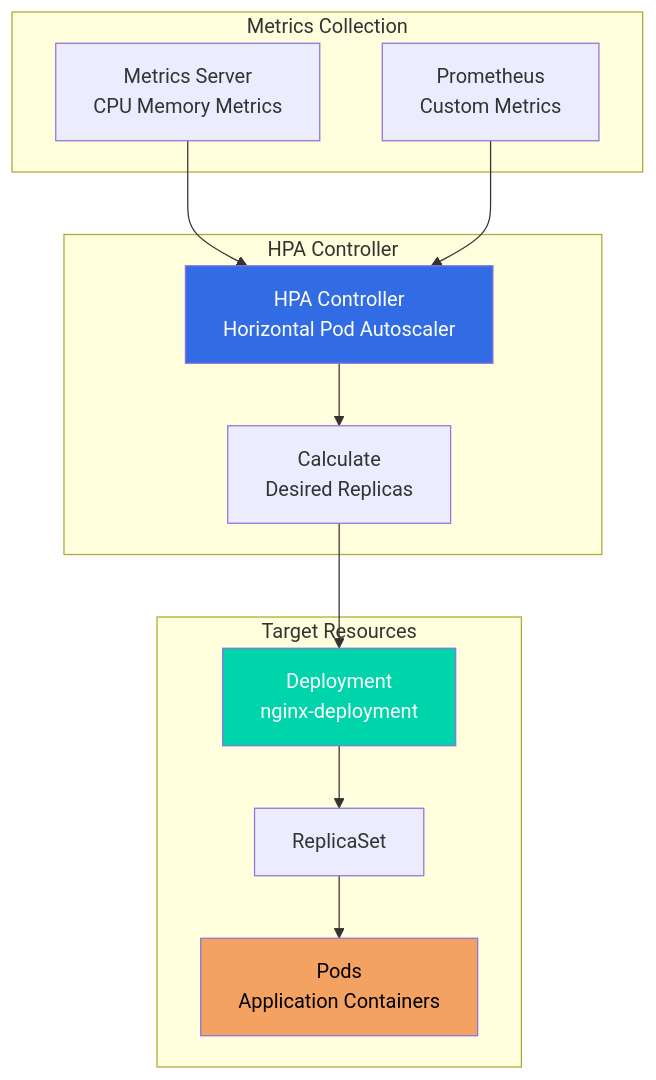
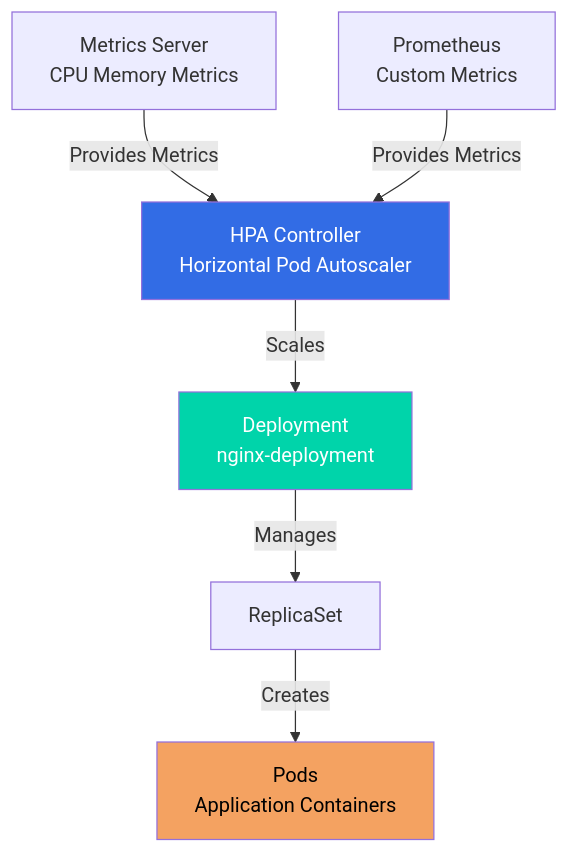
Diagram 28 of 33 in README.md (jayeshjd555/Kubernetes), drawn with Mermaid before and after one commit. The commit also changed other lines of this file, not shown here.

````diff
--- a/README.md
+++ b/README.md
@@ -10735,29 +10735,19 @@
 ```mermaid
 graph TB
-    subgraph "Metrics Collection"
-        MS[Metrics Server<br/>CPU Memory Metrics]
-        PM[Prometheus<br/>Custom Metrics]
-    end
+    MS[Metrics Server<br/>CPU Memory Metrics]
+    PM[Prometheus<br/>Custom Metrics]
+    HPA[HPA Controller<br/>Horizontal Pod Autoscaler]
+    DEP[Deployment<br/>nginx-deployment]
+    RS[ReplicaSet]
+    PODS[Pods<br/>Application Containers]
     
-    subgraph "HPA Controller"
-        HPA[HPA Controller<br/>Horizontal Pod Autoscaler]
-        Calc[Calculate<br/>Desired Replicas]
-    end
-    
-    subgraph "Target Resources"
-        DEP[Deployment<br/>nginx-deployment]
-        RS[ReplicaSet]
-        PODS[Pods<br/>Application Containers]
-    end
-    
-    MS --> HPA
-    PM --> HPA
-    HPA --> Calc
-    Calc --> DEP
-    DEP --> RS
-    RS --> PODS
+    MS -->|Provides Metrics| HPA
+    PM -->|Provides Metrics| HPA
+    HPA -->|Scales| DEP
+    DEP -->|Manages| RS
+    RS -->|Creates| PODS
     
     style HPA fill:#326ce5,color:#fff
     style DEP fill:#00d4aa,color:#fff
     style PODS fill:#f4a261,color:#000
 ```
````
